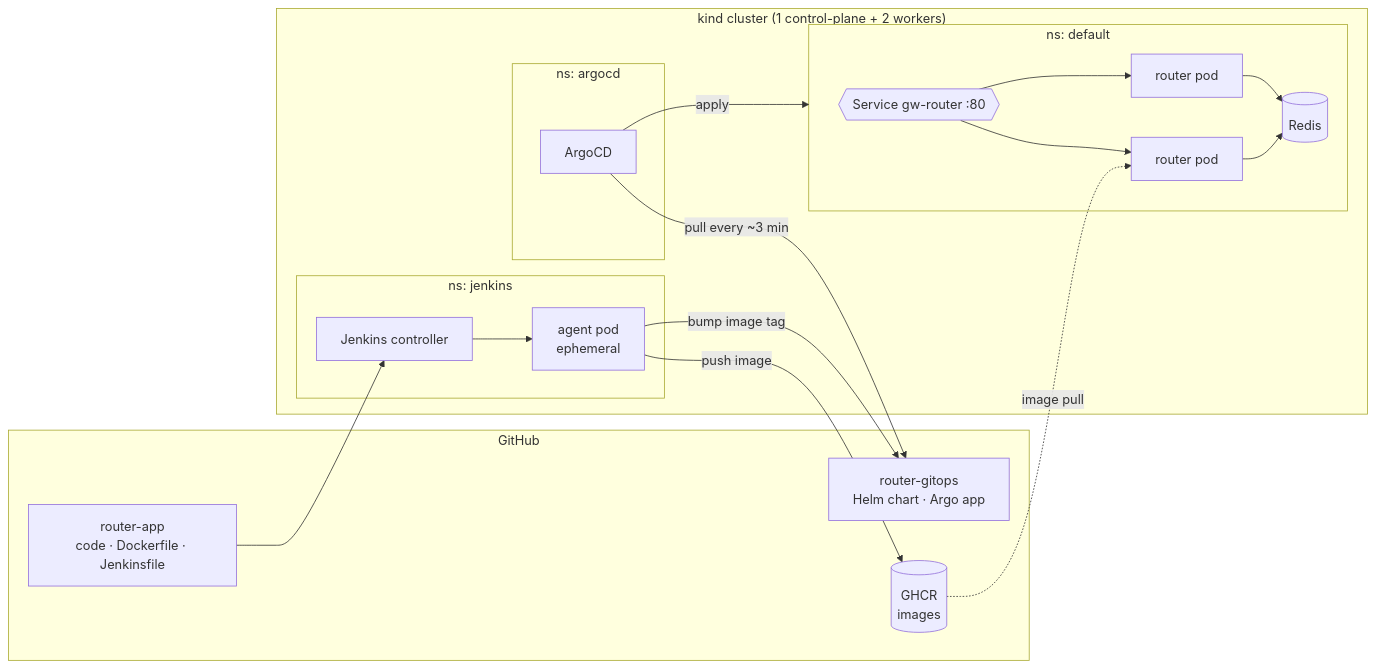
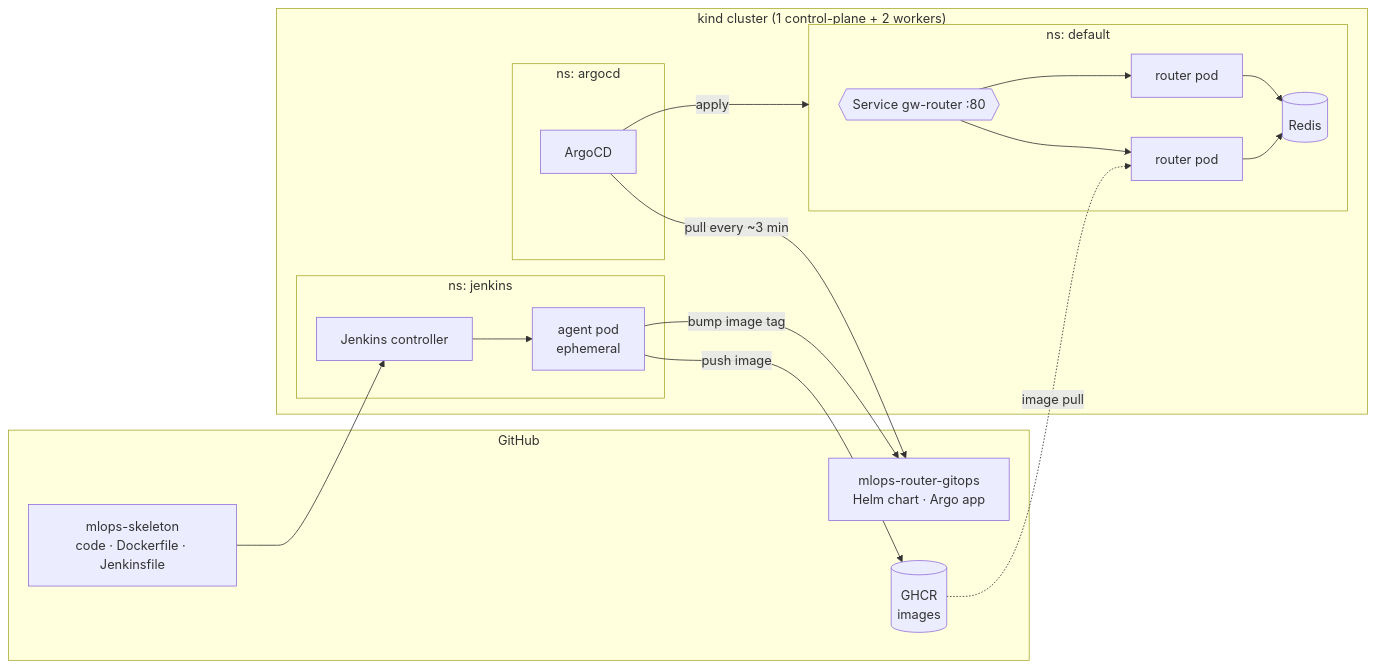
One commit to ducthangng/mlops-skeleton changed the first of 3 diagrams in Readme.md. Above: the diagram before and after it, drawn with Mermaid. The commit also changed other lines of this file and 6 other files, not shown here.

````diff
--- a/Readme.md
+++ b/Readme.md
@@ -13,31 +13,31 @@
 ```mermaid
 flowchart LR
     subgraph GitHub
-        APP[router-app<br/>code · Dockerfile · Jenkinsfile]
-        OPS[router-gitops<br/>Helm chart · Argo app]
+        APP[mlops-skeleton<br/>code · Dockerfile · Jenkinsfile]
+        OPS[mlops-router-gitops<br/>Helm chart · Argo app]
         REG[(GHCR<br/>images)]
     end
     subgraph Cluster["kind cluster (1 control-plane + 2 workers)"]
         subgraph nsJenkins["ns: jenkins"]
             JC[Jenkins controller]
             AG[agent pod<br/>ephemeral]
         end
         subgraph nsArgo["ns: argocd"]
             ARGO[ArgoCD]
         end
         subgraph nsDefault["ns: default"]
             SVC{{Service gw-router :80}}
             R1[router pod]
             R2[router pod]
             RD[(Redis)]
         end
     end
     APP --> JC --> AG
     AG -- push image --> REG
     AG -- bump image tag --> OPS
     ARGO -- pull every ~3 min --> OPS
     ARGO -- apply --> nsDefault
     SVC --> R1 & R2
     R1 & R2 --> RD
     REG -. image pull .-> R1
 ```
````
